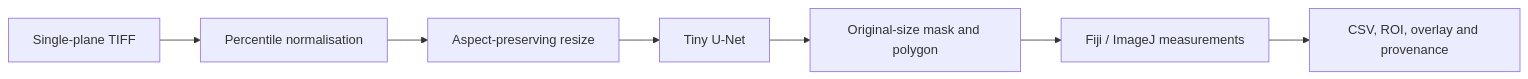
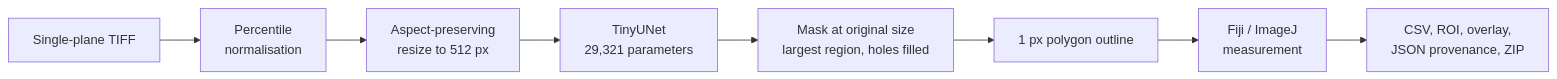
The diagram in README.md (zaniakmal08-blip/fyp-organoid-analysis), drawn with Mermaid before and after one commit. The commit also changed other lines of this file and 35 other files, not shown here.

````diff
--- a/README.md
+++ b/README.md
@@ -27,9 +27,10 @@
 ```mermaid
 flowchart LR
-    A[Single-plane TIFF] --> B[Percentile normalisation]
-    B --> C[Aspect-preserving resize]
-    C --> D[Tiny U-Net]
-    D --> E[Original-size mask and polygon]
-    E --> F[Fiji / ImageJ measurements]
-    F --> G[CSV, ROI, overlay and provenance]
+    A[Single-plane TIFF] --> B[Percentile<br/>normalisation]
+    B --> C[Aspect-preserving<br/>resize to 512 px]
+    C --> D[TinyUNet<br/>29,321 parameters]
+    D --> E[Mask at original size<br/>largest region, holes filled]
+    E --> F[1 px polygon outline]
+    F --> G[Fiji / ImageJ<br/>measurement]
+    G --> H[CSV, ROI, overlay,<br/>JSON provenance, ZIP]
 ```
````
